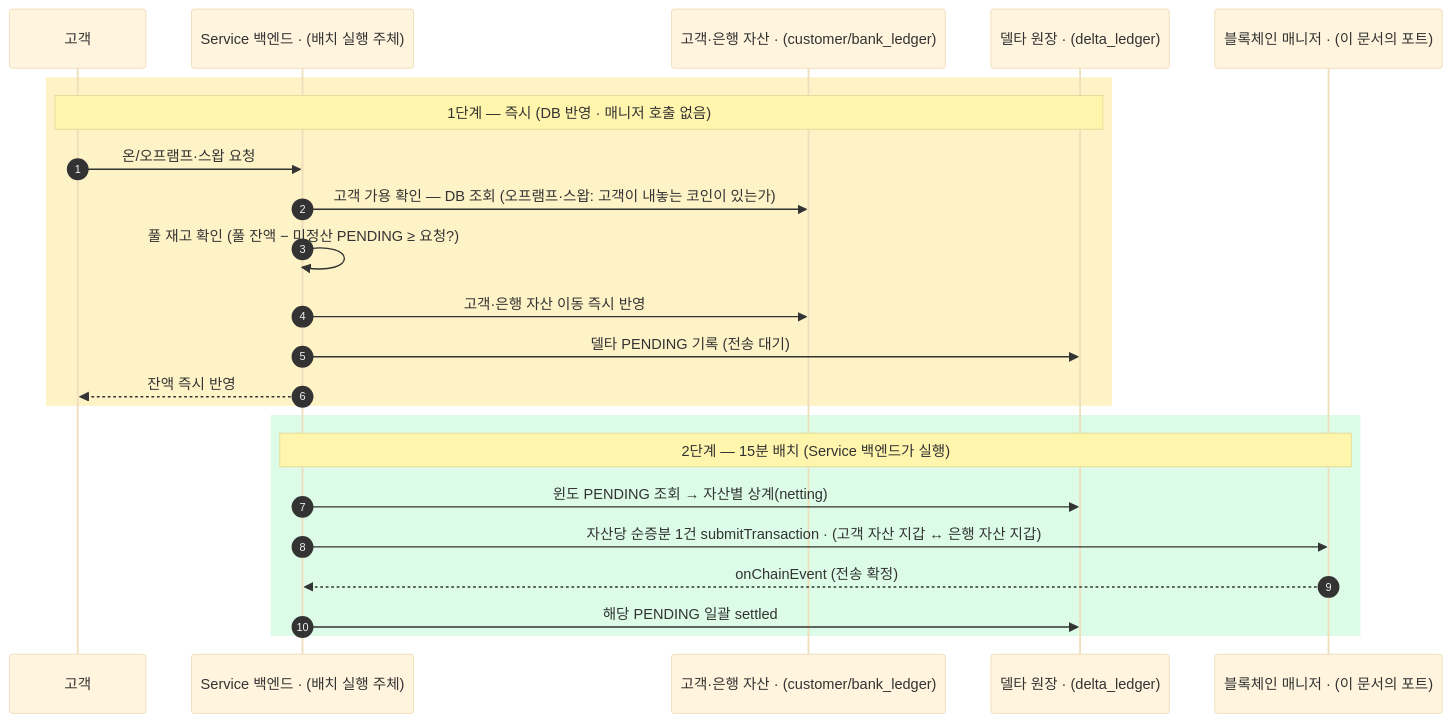
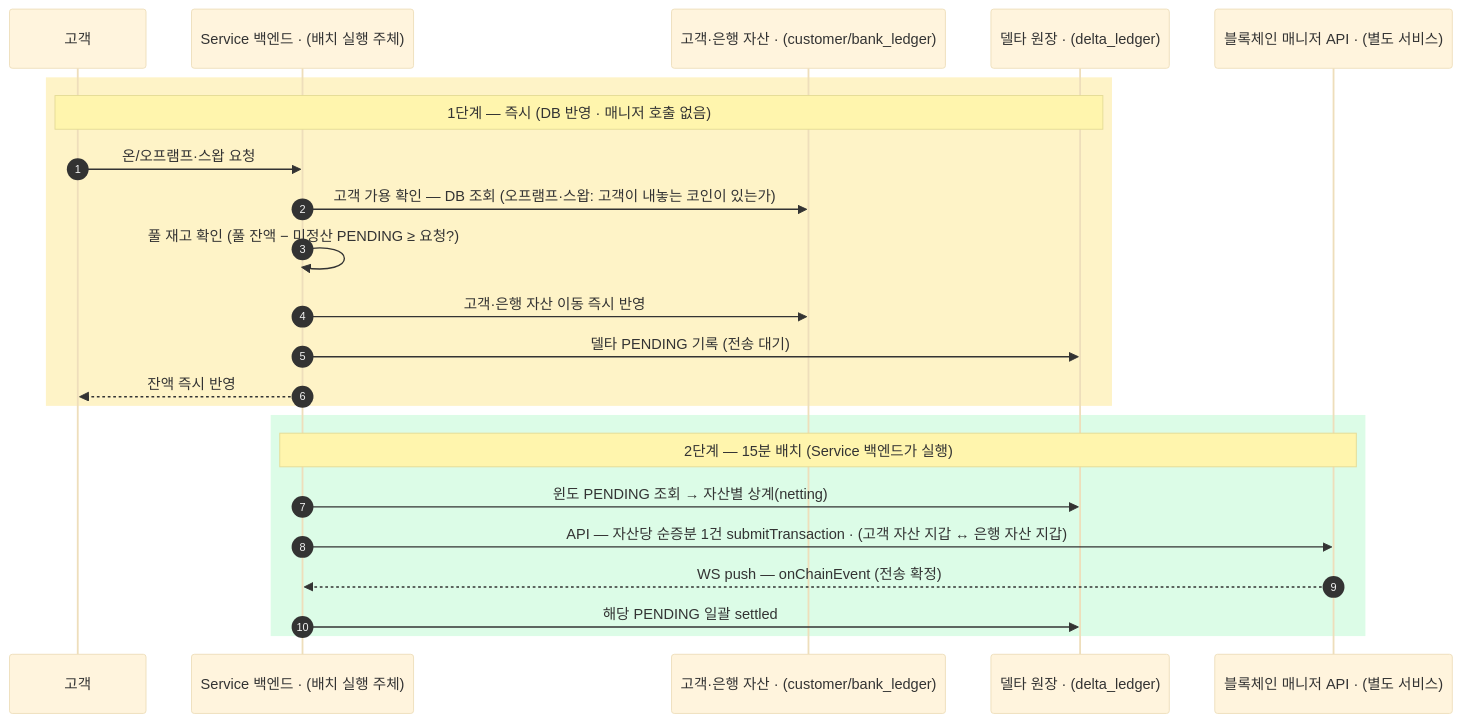
Before and after one commit to eunsujeo/eunpus: the first of 2 diagrams in blockchain-manager/docs/설계/10-ramp-swap.md, drawn with Mermaid (base theme). The commit also changed other lines of this file and 10 other files, not shown here.

First line of the commit message:
칸반 문서: 아키텍처 경계 전면 전환 — 포트/어댑터 → 매니저 API + 웹소켓

````diff
--- a/blockchain-manager/docs/설계/10-ramp-swap.md
+++ b/blockchain-manager/docs/설계/10-ramp-swap.md
@@ -24,27 +24,27 @@
 ```mermaid
 sequenceDiagram
     autonumber
     participant Cust as 고객
     participant App as Service 백엔드 · (배치 실행 주체)
     participant DB as 고객·은행 자산 · (customer/bank_ledger)
     participant DL as 델타 원장 · (delta_ledger)
-    participant MGR as 블록체인 매니저 · (이 문서의 포트)
+    participant BM as 블록체인 매니저 API · (별도 서비스)
 
     rect rgb(254,243,199)
     Note over Cust,DL: 1단계 — 즉시 (DB 반영 · 매니저 호출 없음)
     Cust->>App: 온/오프램프·스왑 요청
     App->>DB: 고객 가용 확인 — DB 조회 (오프램프·스왑: 고객이 내놓는 코인이 있는가)
     App->>App: 풀 재고 확인 (풀 잔액 − 미정산 PENDING ≥ 요청?)
     App->>DB: 고객·은행 자산 이동 즉시 반영
     App->>DL: 델타 PENDING 기록 (전송 대기)
     App-->>Cust: 잔액 즉시 반영
     end
 
     rect rgb(220,252,231)
-    Note over App,MGR: 2단계 — 15분 배치 (Service 백엔드가 실행)
+    Note over App,BM: 2단계 — 15분 배치 (Service 백엔드가 실행)
     App->>DL: 윈도 PENDING 조회 → 자산별 상계(netting)
-    App->>MGR: 자산당 순증분 1건 submitTransaction · (고객 자산 지갑 ↔ 은행 자산 지갑)
-    MGR-->>App: onChainEvent (전송 확정)
+    App->>BM: API — 자산당 순증분 1건 submitTransaction · (고객 자산 지갑 ↔ 은행 자산 지갑)
+    BM-->>App: WS push — onChainEvent (전송 확정)
     App->>DL: 해당 PENDING 일괄 settled
     end
 ```
````
